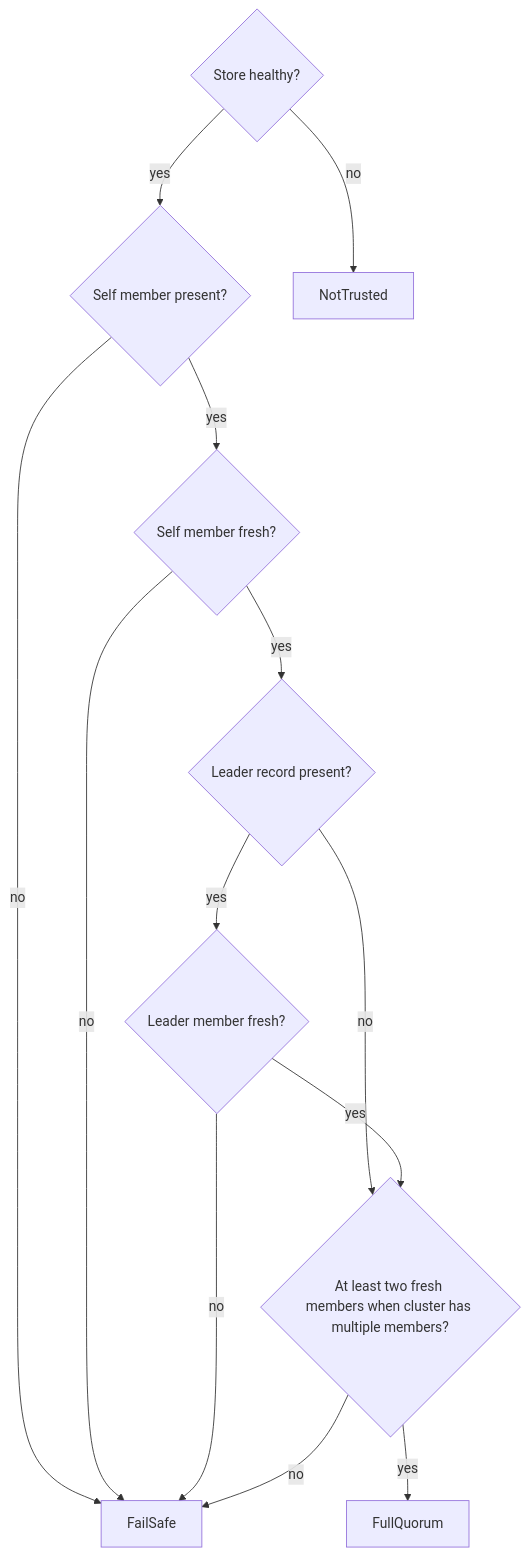
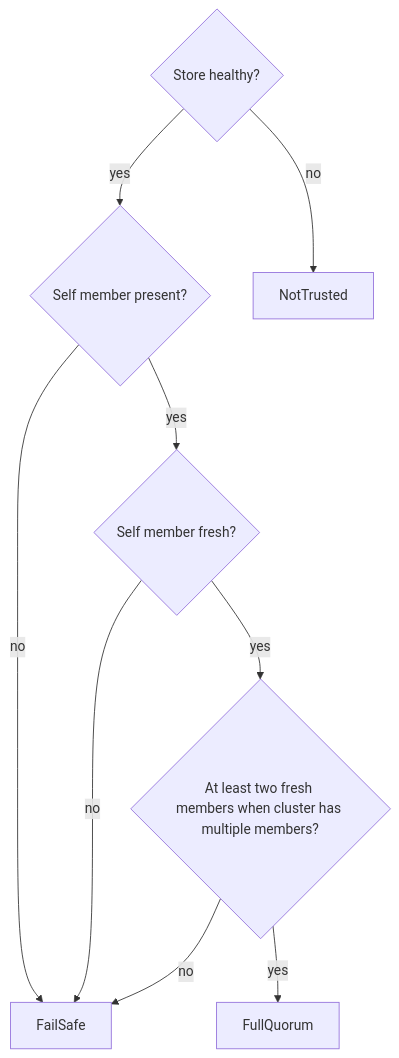
The third of 3 diagrams in docs/src/explanation/architecture.md (djosh34/pgtuskmaster_rust), drawn with Mermaid before and after one commit. The commit also changed other lines of this file and 33 other files, not shown here.

````diff
--- a/docs/src/explanation/architecture.md
+++ b/docs/src/explanation/architecture.md
@@ -112,25 +114,19 @@
 ```mermaid
 flowchart TD
     EtcdHealthy{Store healthy?}
     SelfPresent{Self member present?}
     SelfFresh{Self member fresh?}
-    LeaderPresent{Leader record present?}
-    LeaderFresh{Leader member fresh?}
     EnoughFresh{At least two fresh members when cluster has multiple members?}
     NotTrusted[NotTrusted]
     FailSafe[FailSafe]
     FullQuorum[FullQuorum]
 
     EtcdHealthy -- no --> NotTrusted
     EtcdHealthy -- yes --> SelfPresent
     SelfPresent -- no --> FailSafe
     SelfPresent -- yes --> SelfFresh
     SelfFresh -- no --> FailSafe
-    SelfFresh -- yes --> LeaderPresent
-    LeaderPresent -- no --> EnoughFresh
-    LeaderPresent -- yes --> LeaderFresh
-    LeaderFresh -- no --> FailSafe
-    LeaderFresh -- yes --> EnoughFresh
+    SelfFresh -- yes --> EnoughFresh
     EnoughFresh -- no --> FailSafe
     EnoughFresh -- yes --> FullQuorum
 ```
````
